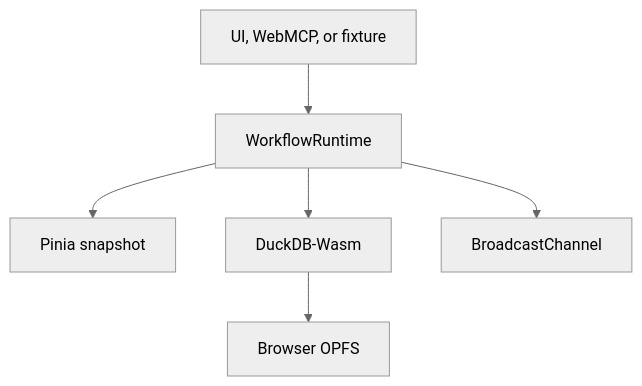
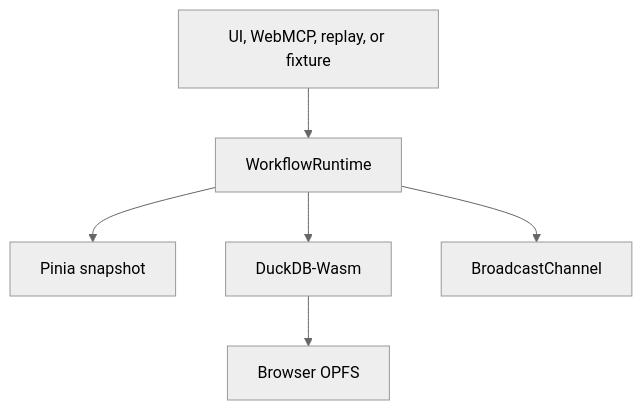
One commit to bclonan/cleardose changed the diagram in docs/LOCAL_WORKFLOW_RUNTIME.md. Above: the diagram before and after it, drawn with Mermaid (neutral theme). The commit also changed other lines of this file and 99 other files, not shown here.

````diff
--- a/docs/LOCAL_WORKFLOW_RUNTIME.md
+++ b/docs/LOCAL_WORKFLOW_RUNTIME.md
@@ -7,8 +7,8 @@
 ```mermaid
 flowchart TD
-  Source[UI, WebMCP, or fixture] --> Runtime[WorkflowRuntime]
+  Source[UI, WebMCP, replay, or fixture] --> Runtime[WorkflowRuntime]
   Runtime --> Store[Pinia snapshot]
   Runtime --> Duck[DuckDB-Wasm]
   Duck --> OPFS[Browser OPFS]
   Runtime --> Tabs[BroadcastChannel]
 ```
````
